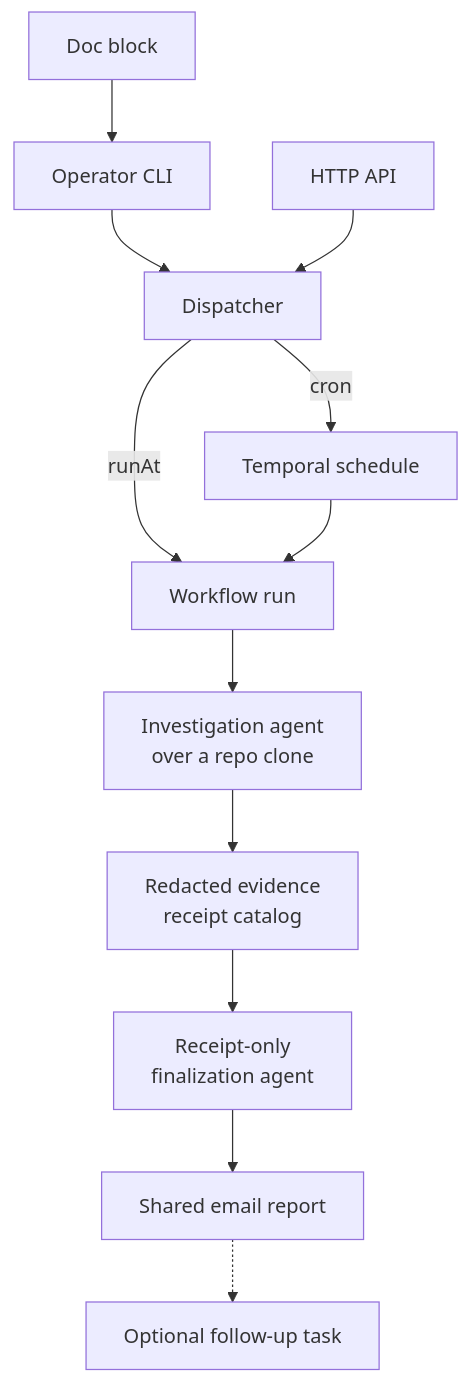
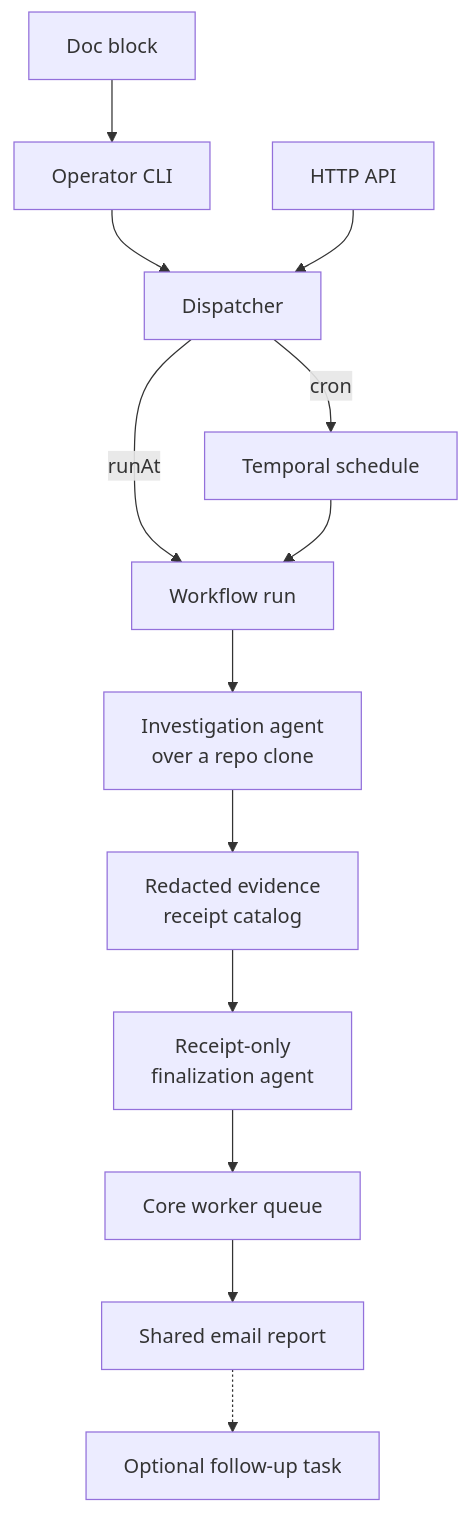
The diagram in packages/docs/wiki/src/content/docs/explanation/temporal/agent-task-boundary.md (shepherdjerred/monorepo), drawn with Mermaid before and after one commit. The commit also changed other lines of this file and 21 other files, not shown here.

````diff
--- a/packages/docs/wiki/src/content/docs/explanation/temporal/agent-task-boundary.md
+++ b/packages/docs/wiki/src/content/docs/explanation/temporal/agent-task-boundary.md
@@ -14,17 +13,18 @@
 ```mermaid
 flowchart TD
   accTitle: Agent task lifecycle
   accDescr: A doc block via the operator CLI, or the authenticated HTTP API, submits a task to one dispatcher, which either upserts a cron schedule or starts a one-off workflow. The workflow investigates over a repo clone, captures redacted evidence receipts, finalizes only from that catalog, sends a shared report, and may dispatch one follow-up.
 
   B[Doc block] --> CLI[Operator CLI]
   CLI --> DIS[Dispatcher]
   API[HTTP API] --> DIS
   DIS -->|cron| SCH[Temporal schedule]
   DIS -->|runAt| WF[Workflow run]
   SCH --> WF
   WF --> I[Investigation agent<br>over a repo clone]
   I --> R[Redacted evidence<br>receipt catalog]
   R --> FNL[Receipt-only<br>finalization agent]
-  FNL --> E[Shared email report]
+  FNL --> CQ[Core worker queue]
+  CQ --> E[Shared email report]
   E -.-> F[Optional follow-up task]
 ```
````
